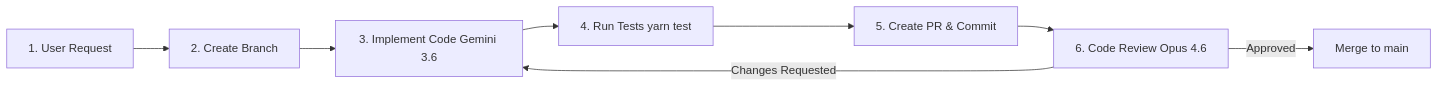
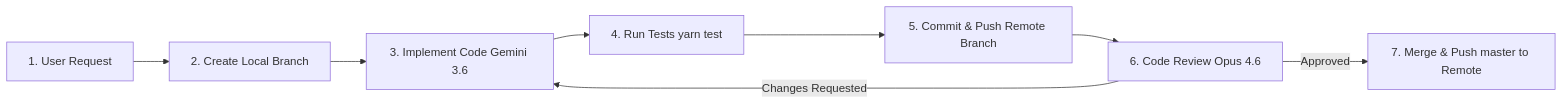
One commit to culcat/Hunter-Ai changed the diagram in .agents/AGENTS.md. Above: the diagram before and after it, drawn with Mermaid. The commit also changed other lines of this file and 3 other files, not shown here.

Commit message:
feat(agents): update sub-agent workflow to push task branches to remote origin and push master after merge

````diff
--- a/.agents/AGENTS.md
+++ b/.agents/AGENTS.md
@@ -28,10 +28,10 @@
 ```mermaid
 flowchart LR
-    A[1. User Request] --> B[2. Create Branch]
+    A[1. User Request] --> B[2. Create Local Branch]
     B --> C[3. Implement Code Gemini 3.6]
     C --> D[4. Run Tests yarn test]
-    D --> E[5. Create PR & Commit]
+    D --> E[5. Commit & Push Remote Branch]
     E --> F[6. Code Review Opus 4.6]
-    F -->|Approved| G[Merge to main]
+    F -->|Approved| G[7. Merge & Push master to Remote]
     F -->|Changes Requested| C
 ```
````
